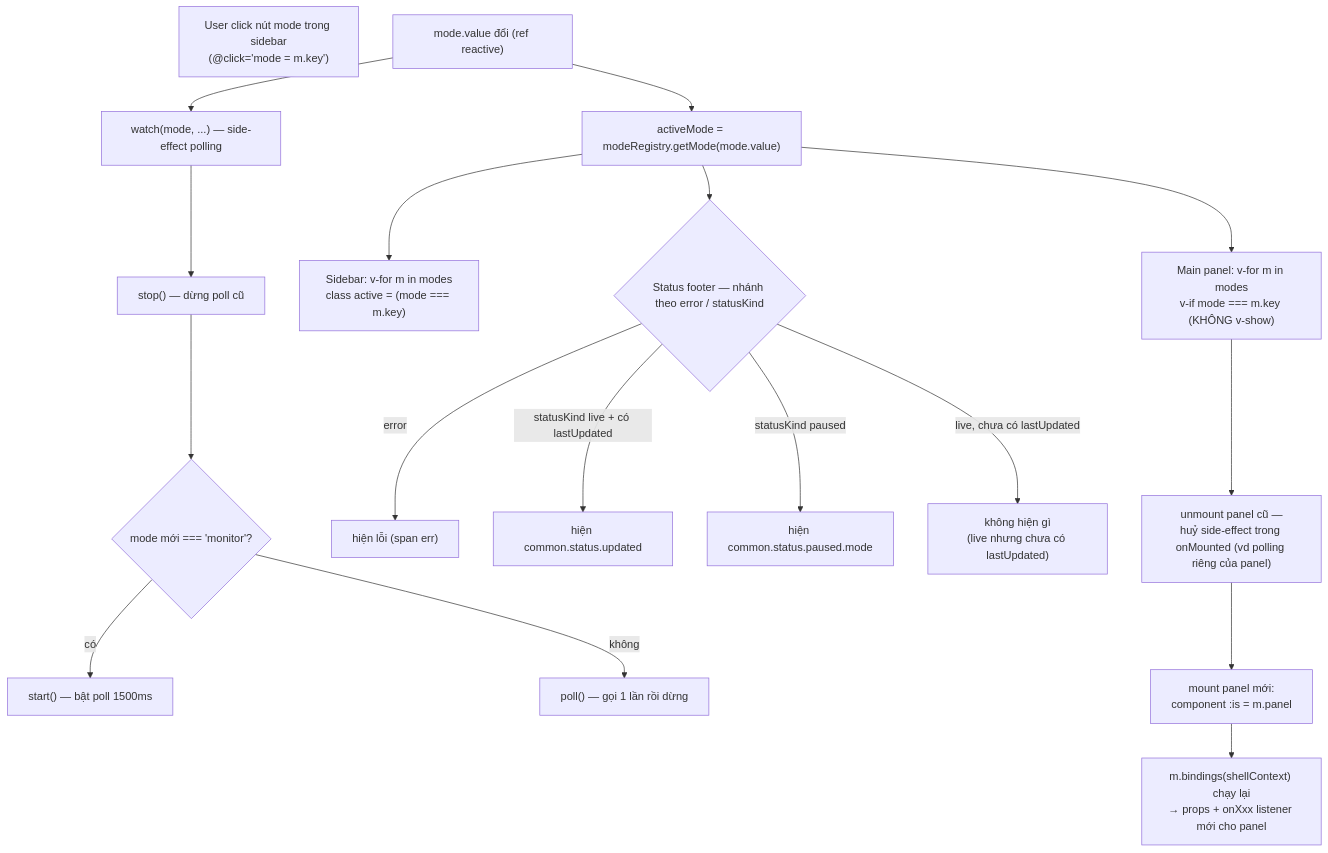
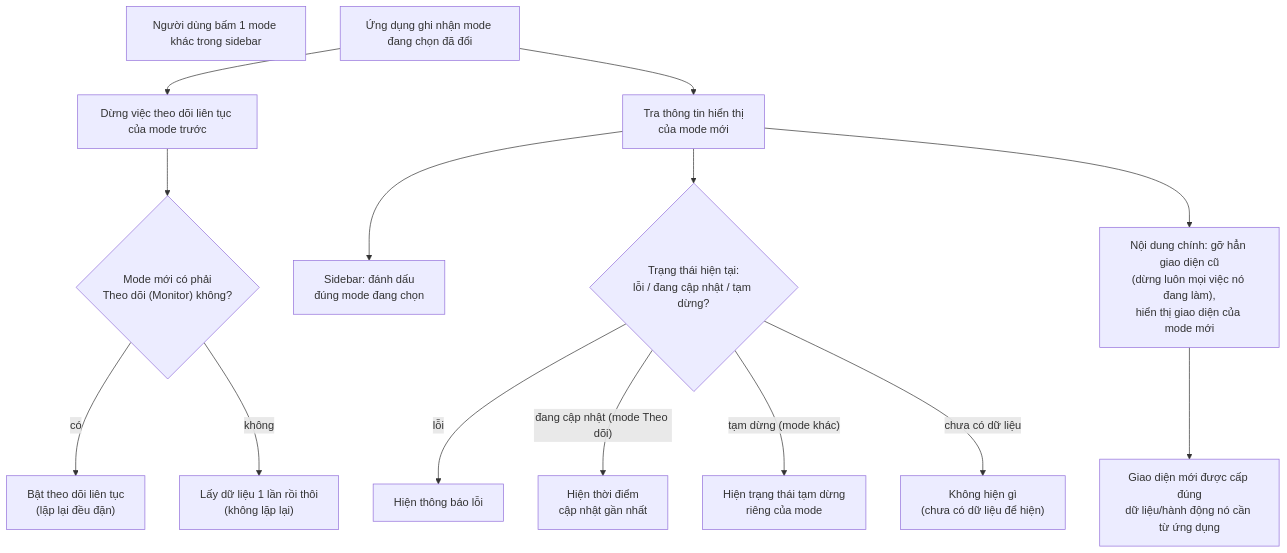
The second of 2 diagrams in docs/diagram/IoC.md (naut1402/agent-workflow), drawn with Mermaid before and after one commit. The commit also changed other lines of this file, not shown here.

Commit message:
docs(shell): viết lại IoC.md theo phong cách hướng người đọc, hạn chế chi tiết code

````diff
--- a/docs/diagram/IoC.md
+++ b/docs/diagram/IoC.md
@@ -94,36 +69,33 @@
 ```mermaid
 flowchart TD
-    click["User click nút mode trong sidebar<br/>(@click='mode = m.key')"]
-    setMode["mode.value đổi (ref reactive)"]
-    activeModeCalc["activeMode = modeRegistry.getMode(mode.value)"]
-    watchMode["watch(mode, ...) — side-effect polling"]
-    stopPoll["stop() — dừng poll cũ"]
-    isMonitor{"mode mới === 'monitor'?"}
-    startPoll["start() — bật poll 1500ms"]
-    pollOnce["poll() — gọi 1 lần rồi dừng"]
-    sidebarRender["Sidebar: v-for m in modes<br/>class active = (mode === m.key)"]
-    statusBranch{"Status footer — nhánh theo error / statusKind"}
-    showErr["hiện lỗi (span err)"]
-    showLive["hiện common.status.updated"]
-    showPaused["hiện common.status.paused.mode"]
-    showNothing["không hiện gì<br/>(live nhưng chưa có lastUpdated)"]
-    panelLoop["Main panel: v-for m in modes<br/>v-if mode === m.key (KHÔNG v-show)"]
-    unmountOld["unmount panel cũ —<br/>huỷ side-effect trong onMounted (vd polling riêng của panel)"]
-    mountNew["mount panel mới:<br/>component :is = m.panel"]
-    bindingsCall["m.bindings(shellContext) chạy lại<br/>→ props + onXxx listener mới cho panel"]
+    click["Người dùng bấm 1 mode khác trong sidebar"]
+    setMode["Ứng dụng ghi nhận mode đang chọn đã đổi"]
+    stopOld["Dừng việc theo dõi liên tục của mode trước"]
+    pollBranch{"Mode mới có phải<br/>Theo dõi (Monitor) không?"}
+    startLive["Bật theo dõi liên tục<br/>(lặp lại đều đặn)"]
+    pollOnce["Lấy dữ liệu 1 lần rồi thôi<br/>(không lặp lại)"]
+    lookup["Tra thông tin hiển thị<br/>của mode mới"]
+    sidebarUpdate["Sidebar: đánh dấu<br/>đúng mode đang chọn"]
+    statusBranch{"Trạng thái hiện tại:<br/>lỗi / đang cập nhật / tạm dừng?"}
+    showErr["Hiện thông báo lỗi"]
+    showLive["Hiện thời điểm<br/>cập nhật gần nhất"]
+    showPaused["Hiện trạng thái tạm dừng<br/>riêng của mode"]
+    showNothing["Không hiện gì<br/>(chưa có dữ liệu để hiện)"]
+    panelSwitch["Nội dung chính: gỡ hẳn giao diện cũ<br/>(dừng luôn mọi việc nó đang làm),<br/>hiển thị giao diện của mode mới"]
+    freshData["Giao diện mới được cấp đúng<br/>dữ liệu/hành động nó cần từ ứng dụng"]
 
     click --> setMode
-    setMode --> activeModeCalc
-    setMode --> watchMode
-    watchMode --> stopPoll --> isMonitor
-    isMonitor -->|có| startPoll
-    isMonitor -->|không| pollOnce
-    activeModeCalc --> sidebarRender
-    activeModeCalc --> statusBranch
-    statusBranch -->|error| showErr
-    statusBranch -->|"statusKind live + có lastUpdated"| showLive
-    statusBranch -->|"statusKind paused"| showPaused
-    statusBranch -->|"live, chưa có lastUpdated"| showNothing
-    activeModeCalc --> panelLoop
-    panelLoop --> unmountOld --> mountNew --> bindingsCall
+    setMode --> stopOld --> pollBranch
+    pollBranch -->|có| startLive
+    pollBranch -->|không| pollOnce
+
+    setMode --> lookup
+    lookup --> sidebarUpdate
+    lookup --> statusBranch
+    statusBranch -->|lỗi| showErr
+    statusBranch -->|"đang cập nhật (mode Theo dõi)"| showLive
+    statusBranch -->|"tạm dừng (mode khác)"| showPaused
+    statusBranch -->|"chưa có dữ liệu"| showNothing
+
+    lookup --> panelSwitch --> freshData
 ```
````
